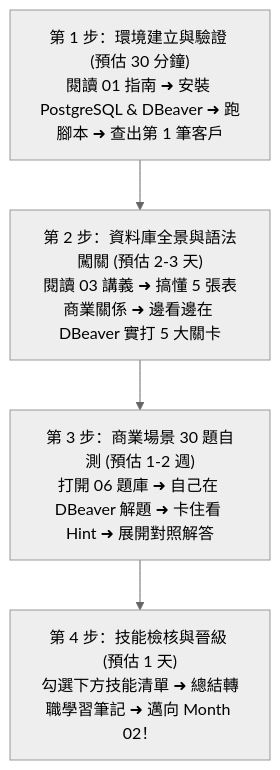
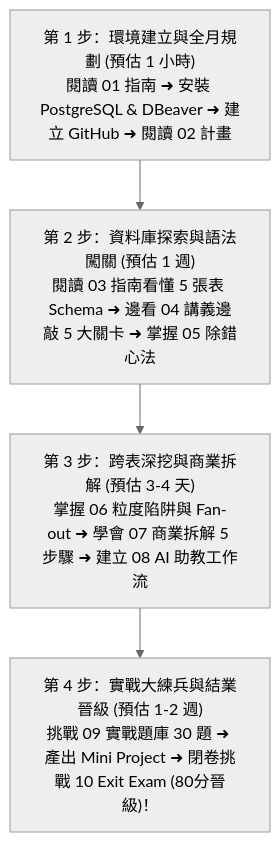
One commit to rosf000/B2B-SQL changed the diagram in 轉職計畫/01_Month01_SQL基礎/README.md. Above: the diagram before and after it, drawn with Mermaid (neutral theme). The commit also changed other lines of this file and 12 other files, not shown here.

````diff
--- a/轉職計畫/01_Month01_SQL基礎/README.md
+++ b/轉職計畫/01_Month01_SQL基礎/README.md
@@ -11,9 +11,9 @@
 ```mermaid
 flowchart TD
-    S1["第 1 步：環境建立與驗證 (預估 30 分鐘)<br/>閱讀 01 指南 ➜ 安裝 PostgreSQL & DBeaver ➜ 跑腳本 ➜ 查出第 1 筆客戶"]
-    S2["第 2 步：資料庫全景與語法闖關 (預估 2-3 天)<br/>閱讀 03 講義 ➜ 搞懂 5 張表商業關係 ➜ 邊看邊在 DBeaver 實打 5 大關卡"]
-    S3["第 3 步：商業場景 30 題自測 (預估 1-2 週)<br/>打開 06 題庫 ➜ 自己在 DBeaver 解題 ➜ 卡住看 Hint ➜ 展開對照解答"]
-    S4["第 4 步：技能檢核與晉級 (預估 1 天)<br/>勾選下方技能清單 ➜ 總結轉職學習筆記 ➜ 邁向 Month 02！"]
+    S1["第 1 步：環境建立與全月規劃 (預估 1 小時)<br/>閱讀 01 指南 ➜ 安裝 PostgreSQL & DBeaver ➜ 建立 GitHub ➜ 閱讀 02 計畫"]
+    S2["第 2 步：資料庫探索與語法闖關 (預估 1 週)<br/>閱讀 03 指南看懂 5 張表 Schema ➜ 邊看 04 講義邊敲 5 大關卡 ➜ 掌握 05 除錯心法"]
+    S3["第 3 步：跨表深挖與商業拆解 (預估 3-4 天)<br/>掌握 06 粒度陷阱與 Fan-out ➜ 學會 07 商業拆解 5 步驟 ➜ 建立 08 AI 助教工作流"]
+    S4["第 4 步：實戰大練兵與結業晉級 (預估 1-2 週)<br/>挑戰 09 實戰題庫 30 題 ➜ 產出 Mini Project ➜ 閉卷挑戰 10 Exit Exam (80分晉級)！"]
 
     S1 --> S2 --> S3 --> S4
 ```
````
